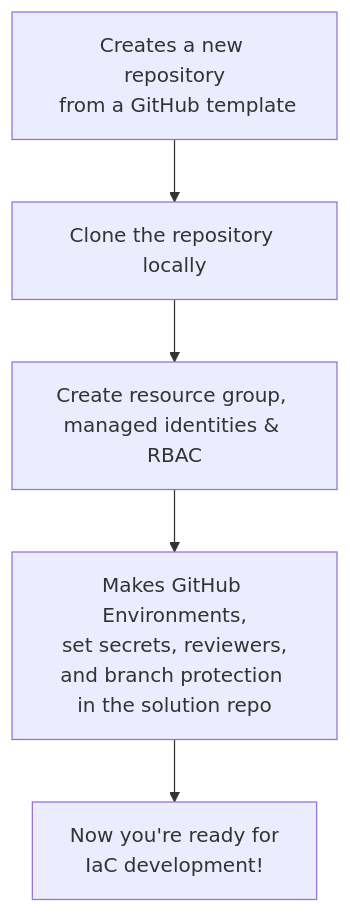
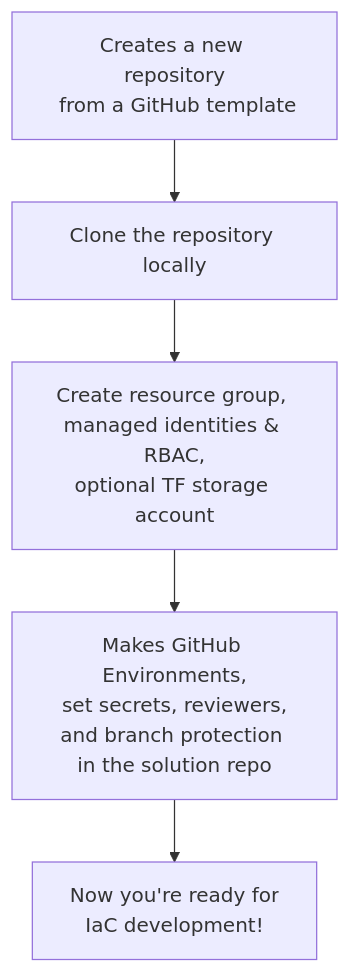
The diagram in README.md (kewalaka/az-bootstrap), drawn with Mermaid before and after one commit. The commit also changed other lines of this file and 11 other files, not shown here.

First line of the commit message:
feat: deployment stacks #22 and optional tf storage account #23 (#24)

````diff
--- a/README.md
+++ b/README.md
@@ -16,7 +16,7 @@
 ```mermaid
 flowchart TD
     A[Creates a new repository<br/> from a GitHub template] --> B[Clone the repository locally]
-    B --> C[Create resource group, <br/>managed identities & RBAC]
+    B --> C[Create resource group, <br/>managed identities & RBAC,<br/>optional TF storage account]
     C --> D[Makes GitHub Environments,<br/>set secrets, reviewers,<br/>and branch protection <br/>in the solution repo]
     D --> E[Now you're ready for<br/>IaC development!]
 ```
````
